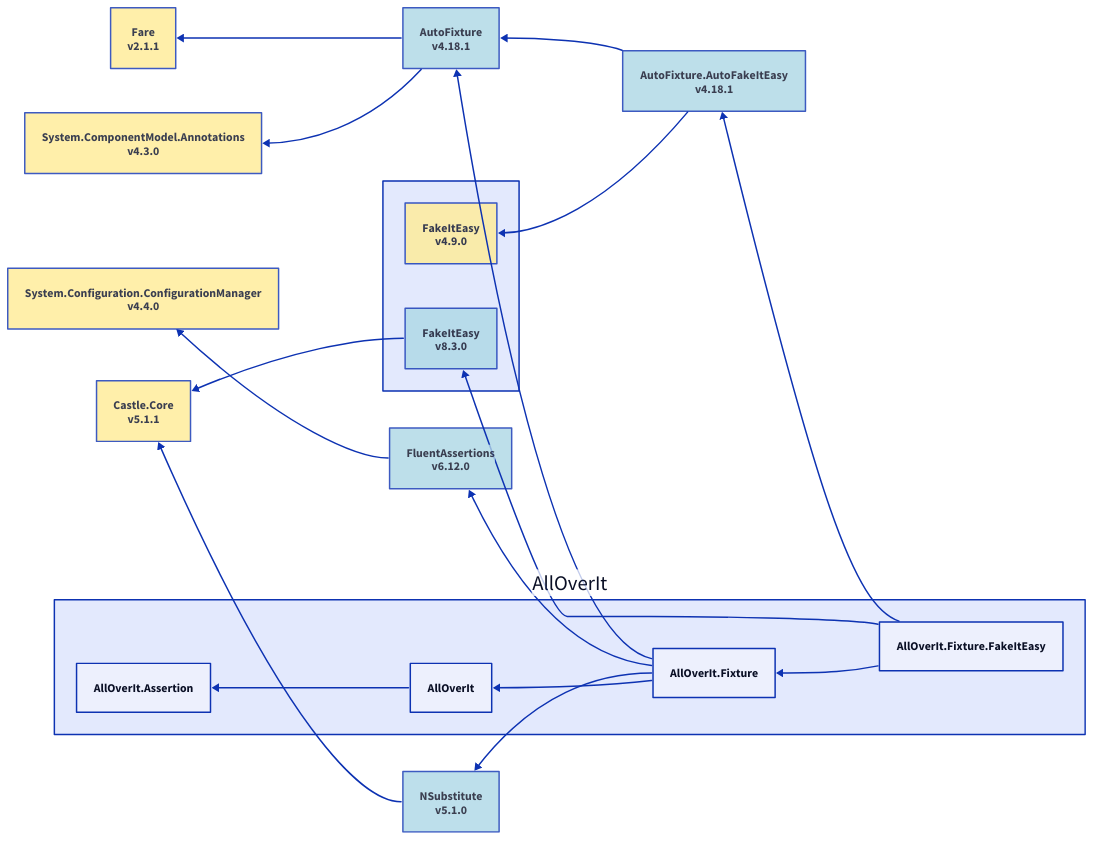
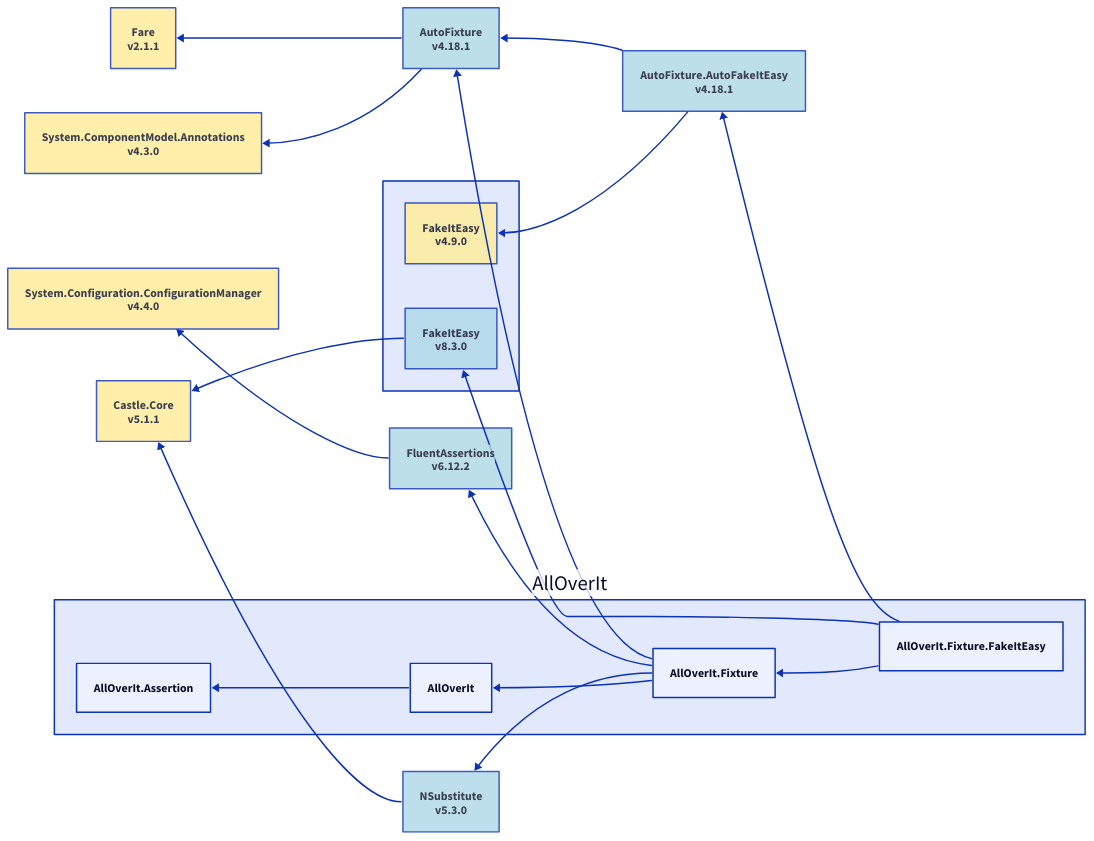
One commit to mjfreelancing/AllOverIt changed the diagram in Docs/Reference/Content/images/dependencies/net9.0/alloverit-fixture-fakeiteasy.d2. Above: the diagram before and after it, drawn with D2. The commit also changed 205 other files, not shown here.

```diff
--- a/Docs/Reference/Content/images/dependencies/net9.0/alloverit-fixture-fakeiteasy.d2
+++ b/Docs/Reference/Content/images/dependencies/net9.0/alloverit-fixture-fakeiteasy.d2
@@ -1,53 +1,53 @@
 direction: left
 
 aoi: AllOverIt
 aoi.alloverit-fixture-fakeiteasy: AllOverIt.Fixture.FakeItEasy
 autofixture-autofakeiteasy_4-18-1: AutoFixture.AutoFakeItEasy\nv4.18.1
 autofixture-autofakeiteasy_4-18-1.style.fill: "#ADD8E6"
 autofixture-autofakeiteasy_4-18-1.style.opacity: 0.8
 autofixture_4-18-1: AutoFixture\nv4.18.1
 autofixture_4-18-1.style.opacity: 0.8
 autofixture_4-18-1.style.fill: "#ADD8E6"
 autofixture_4-18-1 <- autofixture-autofakeiteasy_4-18-1
 fakeiteasy-group: ""
 fakeiteasy-group.fakeiteasy_4-9-0: FakeItEasy\nv4.9.0
 fakeiteasy-group.fakeiteasy_4-9-0.style.fill: "#FFEC96"
 fakeiteasy-group.fakeiteasy_4-9-0.style.opacity: 0.8
 fakeiteasy-group.fakeiteasy_4-9-0 <- autofixture-autofakeiteasy_4-18-1
 autofixture-autofakeiteasy_4-18-1 <- aoi.alloverit-fixture-fakeiteasy
 fakeiteasy-group.fakeiteasy_8-3-0: FakeItEasy\nv8.3.0
 fakeiteasy-group.fakeiteasy_8-3-0.style.fill: "#ADD8E6"
 fakeiteasy-group.fakeiteasy_8-3-0.style.opacity: 0.8
 castle-core_5-1-1: Castle.Core\nv5.1.1
 castle-core_5-1-1.style.fill: "#FFEC96"
 castle-core_5-1-1.style.opacity: 0.8
 castle-core_5-1-1 <- fakeiteasy-group.fakeiteasy_8-3-0
 fakeiteasy-group.fakeiteasy_8-3-0 <- aoi.alloverit-fixture-fakeiteasy
 aoi.alloverit-fixture: AllOverIt.Fixture
 fare_2-1-1: Fare\nv2.1.1
 fare_2-1-1.style.fill: "#FFEC96"
 fare_2-1-1.style.opacity: 0.8
 fare_2-1-1 <- autofixture_4-18-1
 system-componentmodel-annotations_4-3-0: System.ComponentModel.Annotations\nv4.3.0
 system-componentmodel-annotations_4-3-0.style.fill: "#FFEC96"
 system-componentmodel-annotations_4-3-0.style.opacity: 0.8
 system-componentmodel-annotations_4-3-0 <- autofixture_4-18-1
 autofixture_4-18-1 <- aoi.alloverit-fixture
-fluentassertions_6-12-0: FluentAssertions\nv6.12.0
-fluentassertions_6-12-0.style.fill: "#ADD8E6"
-fluentassertions_6-12-0.style.opacity: 0.8
+fluentassertions_6-12-2: FluentAssertions\nv6.12.2
+fluentassertions_6-12-2.style.fill: "#ADD8E6"
+fluentassertions_6-12-2.style.opacity: 0.8
 system-configuration-configurationmanager_4-4-0: System.Configuration.ConfigurationManager\nv4.4.0
 system-configuration-configurationmanager_4-4-0.style.fill: "#FFEC96"
 system-configuration-configurationmanager_4-4-0.style.opacity: 0.8
-system-configuration-configurationmanager_4-4-0 <- fluentassertions_6-12-0
-fluentassertions_6-12-0 <- aoi.alloverit-fixture
-nsubstitute_5-1-0: NSubstitute\nv5.1.0
-nsubstitute_5-1-0.style.fill: "#ADD8E6"
-nsubstitute_5-1-0.style.opacity: 0.8
-castle-core_5-1-1 <- nsubstitute_5-1-0
-nsubstitute_5-1-0 <- aoi.alloverit-fixture
+system-configuration-configurationmanager_4-4-0 <- fluentassertions_6-12-2
+fluentassertions_6-12-2 <- aoi.alloverit-fixture
+nsubstitute_5-3-0: NSubstitute\nv5.3.0
+nsubstitute_5-3-0.style.fill: "#ADD8E6"
+nsubstitute_5-3-0.style.opacity: 0.8
+castle-core_5-1-1 <- nsubstitute_5-3-0
+nsubstitute_5-3-0 <- aoi.alloverit-fixture
 aoi.alloverit: AllOverIt
 aoi.alloverit-assertion: AllOverIt.Assertion
 aoi.alloverit-assertion <- aoi.alloverit
 aoi.alloverit <- aoi.alloverit-fixture
 aoi.alloverit-fixture <- aoi.alloverit-fixture-fakeiteasy
```
